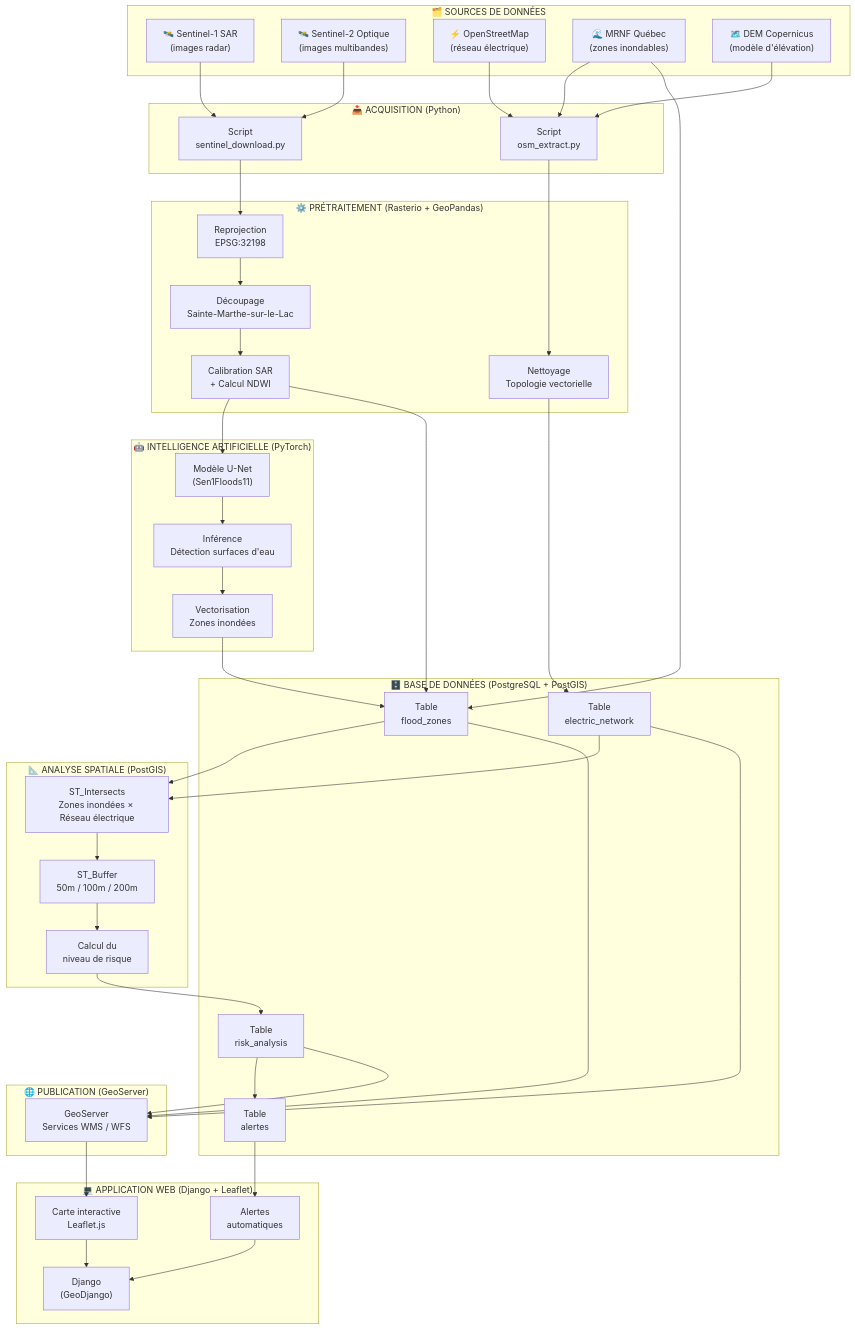
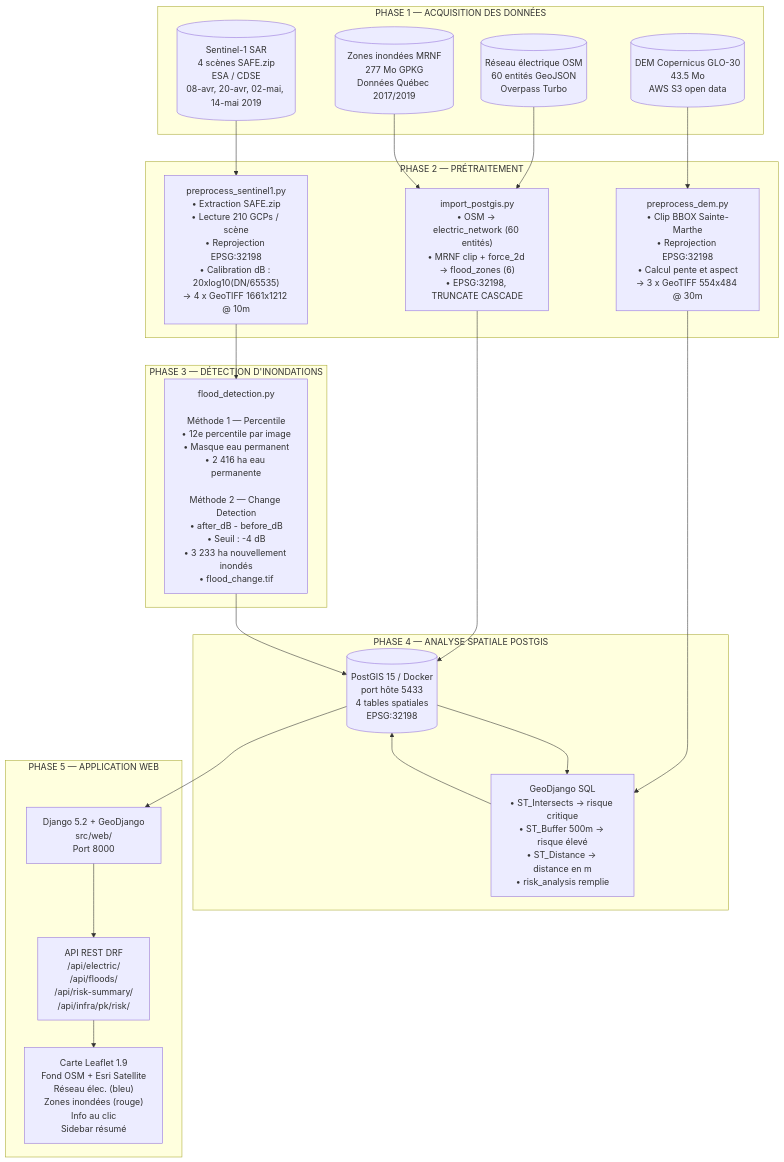
One commit to modou5604501/projet_Session changed the first of 5 diagrams in DIAGRAMME_MERMAID.md. Above: the diagram before and after it, drawn with Mermaid. The commit also changed other lines of this file and 1 other file, not shown here.

````diff
--- a/DIAGRAMME_MERMAID.md
+++ b/DIAGRAMME_MERMAID.md
@@ -15,98 +13,44 @@
 ```mermaid
 flowchart TD
-
-    %% === SOURCES DE DONNÉES ===
-    subgraph SOURCES["🗂️ SOURCES DE DONNÉES"]
-        S1["🛰️ Sentinel-1 SAR\n(images radar)"]
-        S2["🛰️ Sentinel-2 Optique\n(images multibandes)"]
-        S3["⚡ OpenStreetMap\n(réseau électrique)"]
-        S4["🌊 MRNF Québec\n(zones inondables)"]
-        S5["🗺️ DEM Copernicus\n(modèle d'élévation)"]
+    subgraph ACQ["PHASE 1 — ACQUISITION DES DONNÉES"]
+        A1[("Sentinel-1 SAR\n4 scènes SAFE.zip\nESA / CDSE\n08-avr, 20-avr, 02-mai, 14-mai 2019")]
+        A2[("DEM Copernicus GLO-30\n43.5 Mo\nAWS S3 open data")]
+        A3[("Réseau électrique OSM\n60 entités GeoJSON\nOverpass Turbo")]
+        A4[("Zones inondées MRNF\n277 Mo GPKG\nDonnées Québec 2017/2019")]
     end
 
-    %% === ACQUISITION ===
-    subgraph ACQ["📥 ACQUISITION (Python)"]
-        A1["Script\nsentinel_download.py"]
-        A2["Script\nosm_extract.py"]
+    subgraph PRE["PHASE 2 — PRÉTRAITEMENT"]
+        B1["preprocess_sentinel1.py\n• Extraction SAFE.zip\n• Lecture 210 GCPs / scène\n• Reprojection EPSG:32198\n• Calibration dB : 20xlog10(DN/65535)\n→ 4 x GeoTIFF 1661x1212 @ 10m"]
+        B2["preprocess_dem.py\n• Clip BBOX Sainte-Marthe\n• Reprojection EPSG:32198\n• Calcul pente et aspect\n→ 3 x GeoTIFF 554x484 @ 30m"]
+        B3["import_postgis.py\n• OSM → electric_network (60 entités)\n• MRNF clip + force_2d → flood_zones (6)\n• EPSG:32198, TRUNCATE CASCADE"]
     end
 
-    %% === PRÉTRAITEMENT ===
-    subgraph PREP["⚙️ PRÉTRAITEMENT (Rasterio + GeoPandas)"]
-        P1["Reprojection\nEPSG:32198"]
-        P2["Découpage\nSainte-Marthe-sur-le-Lac"]
-        P3["Calibration SAR\n+ Calcul NDWI"]
-        P4["Nettoyage\nTopologie vectorielle"]
+    subgraph DET["PHASE 3 — DÉTECTION D'INONDATIONS"]
+        C1["flood_detection.py\n\nMéthode 1 — Percentile\n• 12e percentile par image\n• Masque eau permanent\n• 2 416 ha eau permanente\n\nMéthode 2 — Change Detection\n• after_dB - before_dB\n• Seuil : -4 dB\n• 3 233 ha nouvellement inondés\n• flood_change.tif"]
     end
 
-    %% === MODÈLE IA ===
-    subgraph AI["🤖 INTELLIGENCE ARTIFICIELLE (PyTorch)"]
-        AI1["Modèle U-Net\n(Sen1Floods11)"]
-        AI2["Inférence\nDétection surfaces d'eau"]
-        AI3["Vectorisation\nZones inondées"]
+    subgraph SIG["PHASE 4 — ANALYSE SPATIALE POSTGIS"]
+        D1[("PostGIS 15 / Docker\nport hôte 5433\n4 tables spatiales\nEPSG:32198")]
+        D2["GeoDjango SQL\n• ST_Intersects → risque critique\n• ST_Buffer 500m → risque élevé\n• ST_Distance → distance en m\n• risk_analysis remplie"]
     end
 
-    %% === BASE DE DONNÉES ===
-    subgraph DB["🗄️ BASE DE DONNÉES (PostgreSQL + PostGIS)"]
-        DB1["Table\nelectric_network"]
-        DB2["Table\nflood_zones"]
-        DB3["Table\nrisk_analysis"]
-        DB4["Table\nalertes"]
+    subgraph WEB["PHASE 5 — APPLICATION WEB"]
+        E1["Django 5.2 + GeoDjango\nsrc/web/\nPort 8000"]
+        E2["API REST DRF\n/api/electric/\n/api/floods/\n/api/risk-summary/\n/api/infra/pk/risk/"]
+        E3["Carte Leaflet 1.9\nFond OSM + Esri Satellite\nRéseau élec. (bleu)\nZones inondées (rouge)\nInfo au clic\nSidebar résumé"]
     end
 
-    %% === ANALYSE SPATIALE ===
-    subgraph SIG["📐 ANALYSE SPATIALE (PostGIS)"]
-        G1["ST_Intersects\nZones inondées × Réseau électrique"]
-        G2["ST_Buffer\n50m / 100m / 200m"]
-        G3["Calcul du\nniveau de risque"]
-    end
-
-    %% === PUBLICATION ===
-    subgraph PUB["🌐 PUBLICATION (GeoServer)"]
-        GS["GeoServer\nServices WMS / WFS"]
-    end
-
-    %% === WEB ===
-    subgraph WEB["💻 APPLICATION WEB (Django + Leaflet)"]
-        DJ["Django\n(GeoDjango)"]
-        LF["Carte interactive\nLeaflet.js"]
-        AL["Alertes\nautomatiques"]
-    end
-
-    %% === CONNEXIONS ===
-    S1 --> A1
-    S2 --> A1
-    S3 --> A2
-    S4 --> A2
-    S5 --> A2
-
-    A1 --> P1
-    A2 --> P4
-
-    P1 --> P2
-    P2 --> P3
-    P4 --> DB1
-
-    P3 --> AI1
-    AI1 --> AI2
-    AI2 --> AI3
-
-    AI3 --> DB2
-    P3 --> DB2
-    S4 --> DB2
-
-    DB1 --> G1
-    DB2 --> G1
-    G1 --> G2
-    G2 --> G3
-    G3 --> DB3
-    DB3 --> DB4
-
-    DB1 --> GS
-    DB2 --> GS
-    DB3 --> GS
-
-    GS --> LF
-    DB4 --> AL
-    AL --> DJ
-    LF --> DJ
+    A1 --> B1
+    A2 --> B2
+    A3 --> B3
+    A4 --> B3
+    B1 --> C1
+    B3 --> D1
+    B2 --> D2
+    C1 --> D1
+    D1 --> D2
+    D2 --> D1
+    D1 --> E1
+    E1 --> E2
+    E2 --> E3
 ```
````
